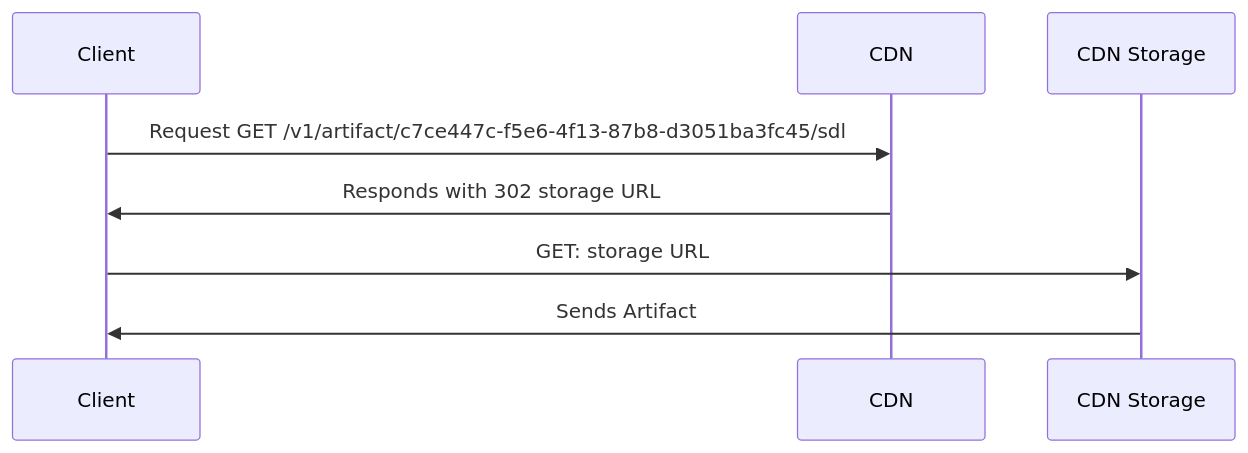
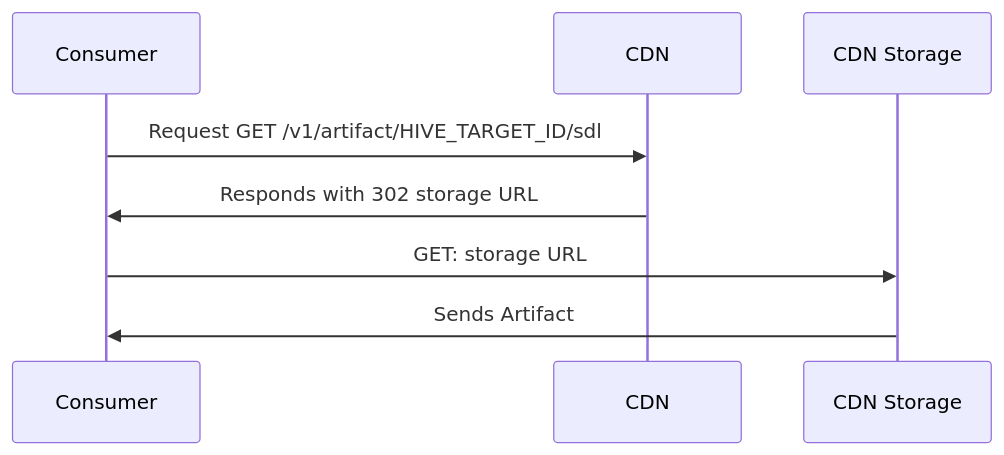
Before and after one commit to kamilkisiela/graphql-hive: the diagram in packages/web/docs/src/pages/features/high-availability-cdn.mdx, drawn with Mermaid. The commit also changed other lines of this file and 186 other files, not shown here.

````diff
--- a/packages/web/docs/src/pages/features/high-availability-cdn.mdx
+++ b/packages/web/docs/src/pages/features/high-availability-cdn.mdx
@@ -29,11 +90,11 @@
 ```mermaid
 sequenceDiagram;
-    participant Client
+    participant Consumer
     participant CDN
     participant CDN Storage
 
-Client->>CDN: Request GET /v1/artifact/c7ce447c-f5e6-4f13-87b8-d3051ba3fc45/sdl
-CDN->>Client: Responds with 302 storage URL
-Client->>CDN Storage: GET: storage URL
-CDN Storage->>Client: Sends Artifact
+Consumer->>CDN: Request GET /v1/artifact/HIVE_TARGET_ID/sdl
+CDN->>Consumer: Responds with 302 storage URL
+Consumer->>CDN Storage: GET: storage URL
+CDN Storage->>Consumer: Sends Artifact
 ```
````
